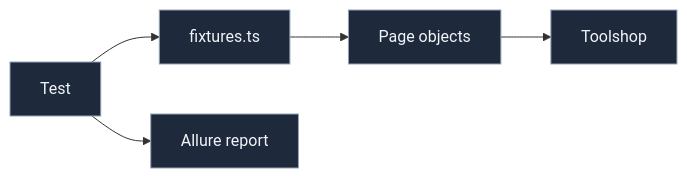
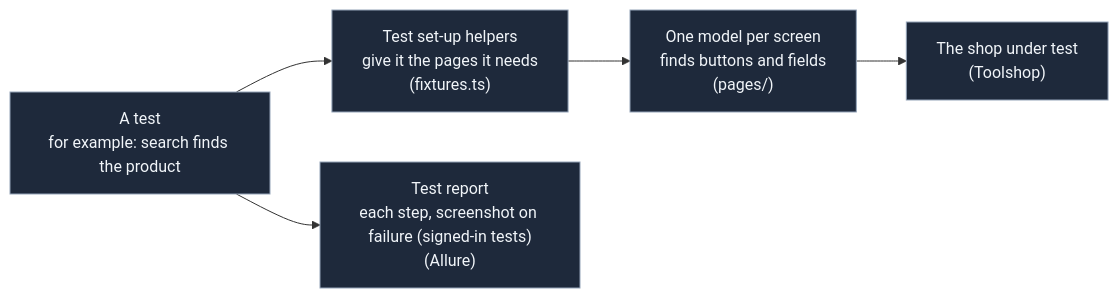
One commit to rahulsharma-qe/playwright-qa-agent changed the second of 3 diagrams in docs/architecture.md. Above: the diagram before and after it, drawn with Mermaid. The commit also changed other lines of this file and 1 other file, not shown here.

Commit message:
Diagrams in plain words: each box says what it does, code names in brackets

````diff
--- a/docs/architecture.md
+++ b/docs/architecture.md
@@ -47,8 +47,7 @@
 ```mermaid
 flowchart LR
-  T["Test"] --> FX["fixtures.ts"] --> PO["Page objects"] --> TS["Toolshop"]
-  T --> REP["Allure report"]
+  T["A test<br/>for example: search finds the product"] --> FX["Test set-up helpers<br/>give it the pages it needs<br/>(fixtures.ts)"] --> PO["One model per screen<br/>finds buttons and fields<br/>(pages/)"] --> TS["The shop under test<br/>(Toolshop)"]
+  T --> REP["Test report<br/>each step, screenshot on failure (signed-in tests)<br/>(Allure)"]
   classDef box fill:#1e293b,stroke:#94a3b8,color:#f1f5f9
-  classDef later fill:#1e293b,stroke:#94a3b8,color:#cbd5e1,stroke-dasharray: 5 5
   class T,FX,PO,TS,REP box
 ```
````
